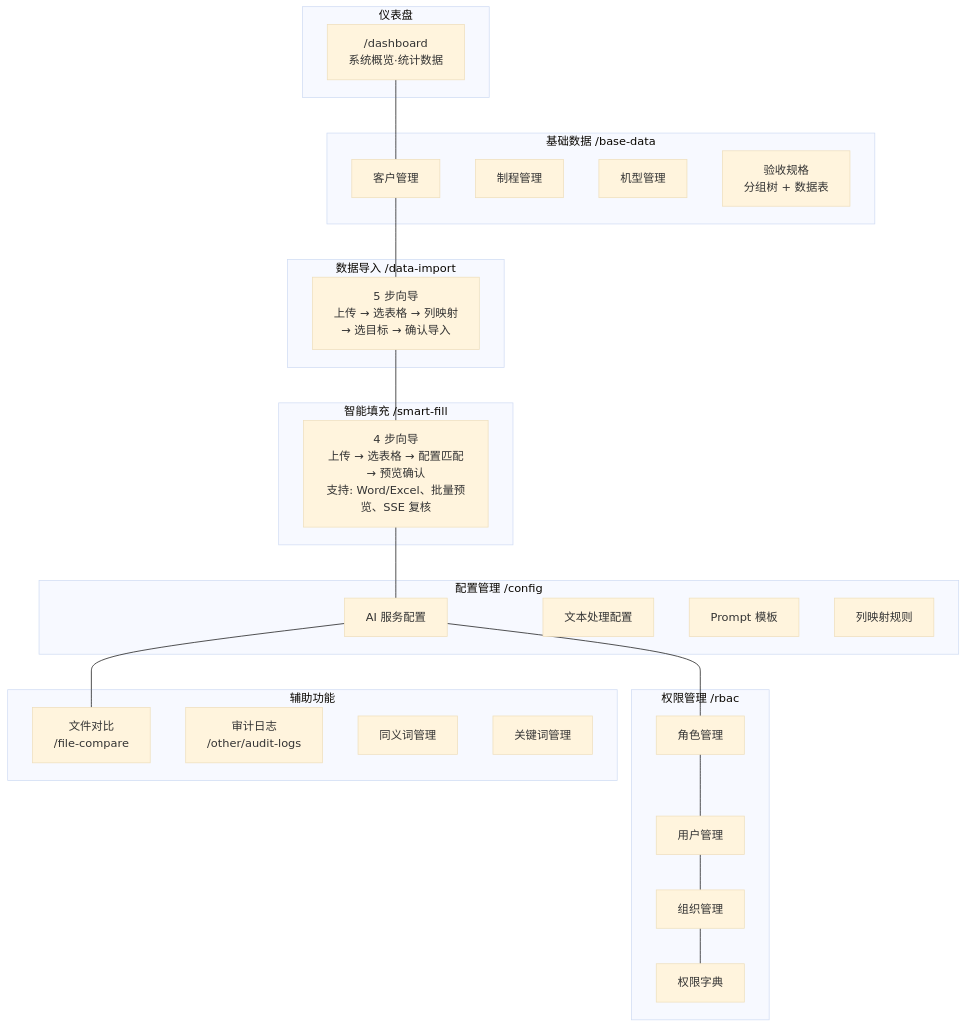
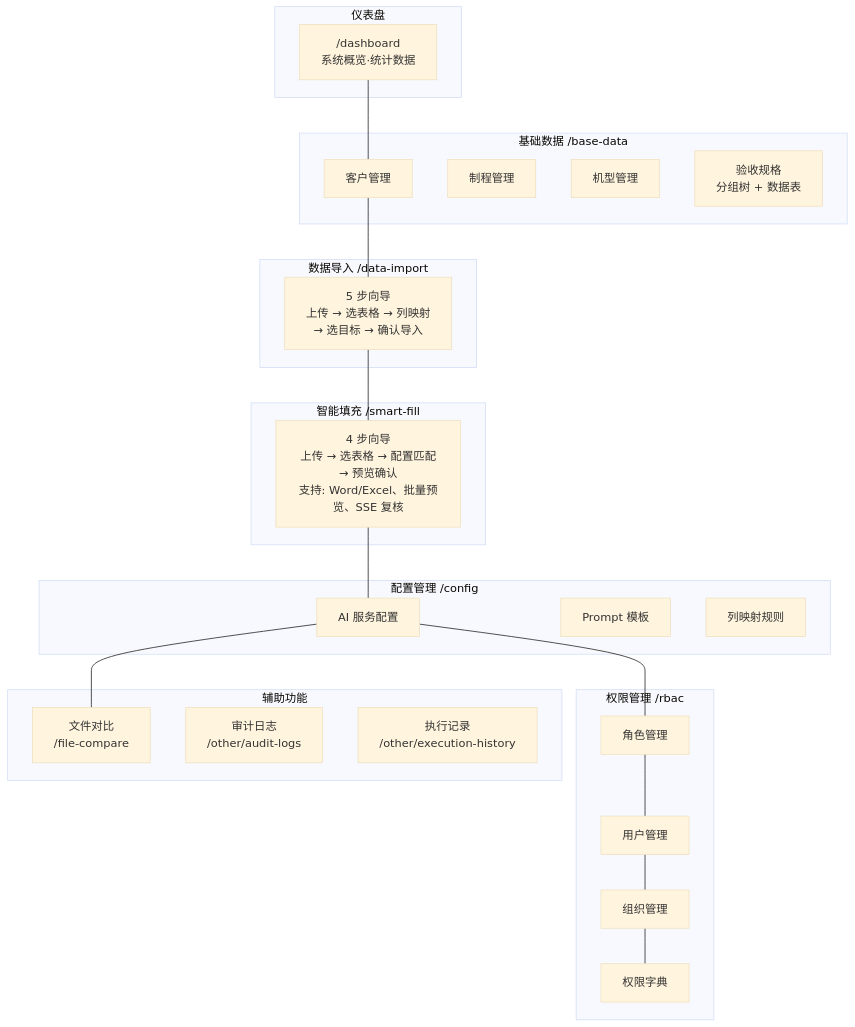
Before and after one commit to xiaocaiisxiaocai/AcceptanceSpecRecognition: diagram 19 of 28 in docs/design-overview.md, drawn with Mermaid (base theme). The commit also changed other lines of this file and 255 other files, not shown here.

````diff
--- a/docs/design-overview.md
+++ b/docs/design-overview.md
@@ -944,52 +913,50 @@
 ```mermaid
 graph TB
   subgraph DASHBOARD["仪表盘"]
     DASH["/dashboard<br/>系统概览·统计数据"]
   end
 
   subgraph BASE_DATA["基础数据 /base-data"]
     CUST[客户管理]
     PROC[制程管理]
     MACH[机型管理]
     SPEC["验收规格<br/>分组树 + 数据表"]
   end
 
   subgraph DATA_IMPORT["数据导入 /data-import"]
     IMP["5 步向导<br/>上传 → 选表格 → 列映射<br/>→ 选目标 → 确认导入"]
   end
 
   subgraph SMART_FILL["智能填充 /smart-fill"]
     FILL["4 步向导<br/>上传 → 选表格 → 配置匹配<br/>→ 预览确认<br/>支持: Word/Excel、批量预览、SSE 复核"]
   end
 
   subgraph CONFIG["配置管理 /config"]
     AI_CFG[AI 服务配置]
-    TXT_CFG[文本处理配置]
     PMT_CFG["Prompt 模板"]
     COL_CFG[列映射规则]
   end
 
   subgraph RBAC["权限管理 /rbac"]
     ROLE[角色管理]
     USER[用户管理]
     ORG[组织管理]
     PERM[权限字典]
   end
 
   subgraph AUX["辅助功能"]
     FC["文件对比<br/>/file-compare"]
     AUDIT["审计日志<br/>/other/audit-logs"]
-    SYN[同义词管理]
-    KW[关键词管理]
+    EXEC["执行记录<br/>/other/execution-history"]
   end
 
   DASH --- CUST
   CUST --- IMP
   IMP --- FILL
   FILL --- AI_CFG
   AI_CFG --- ROLE
   ROLE --- USER
   USER --- ORG
   ORG --- PERM
   AI_CFG --- FC
 ```
````
